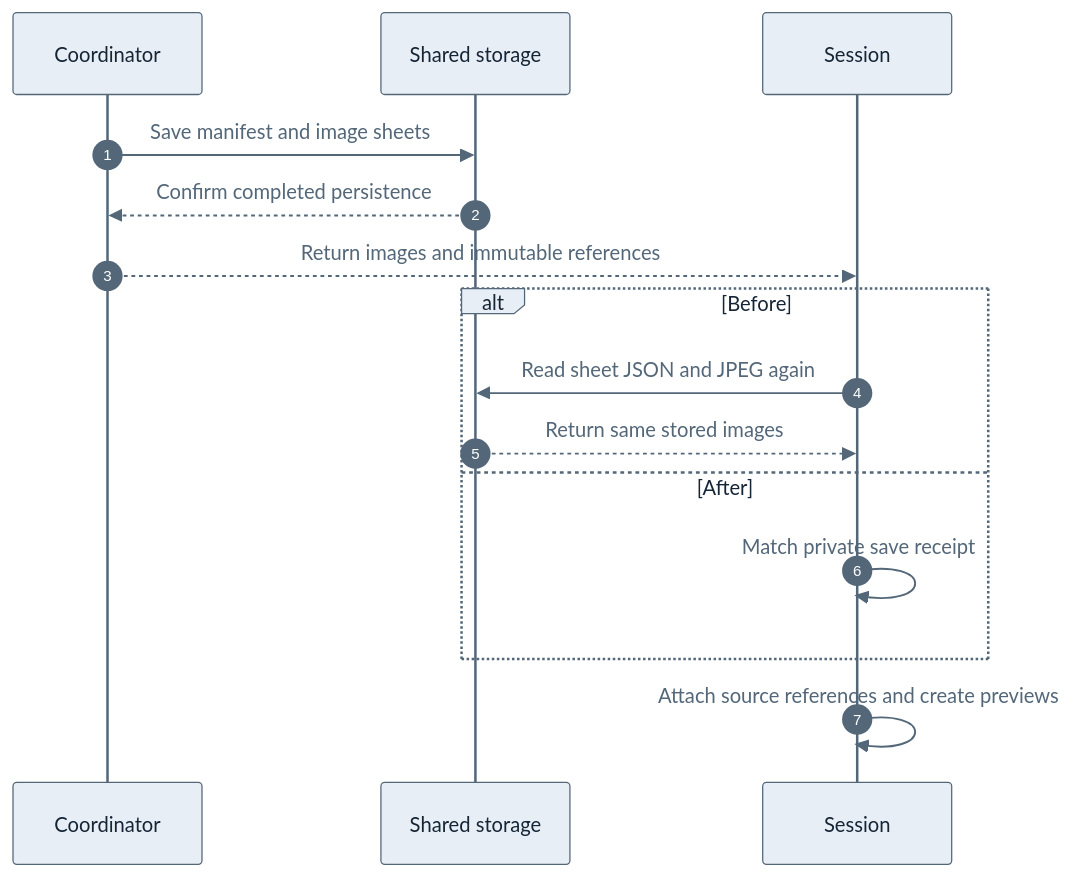
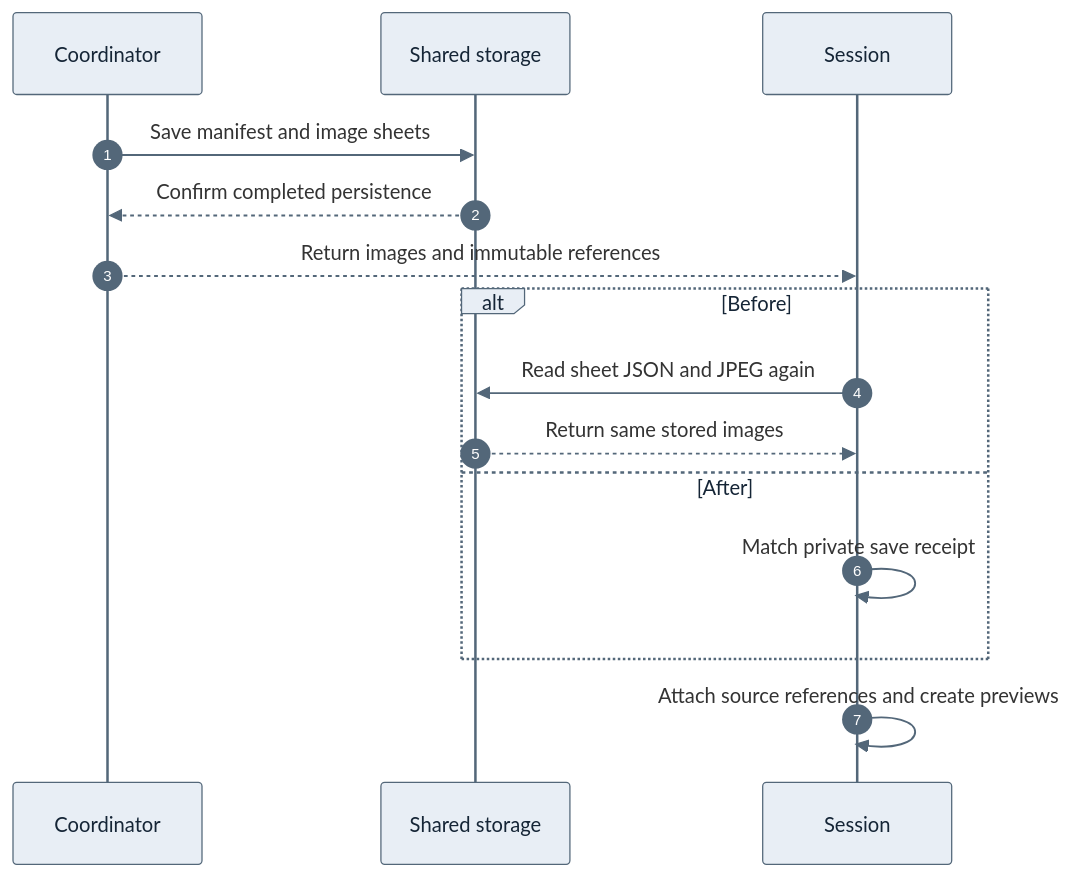
One commit to devhims/video2ctx changed the diagram in reference/engineering/performance/storyboard-receipts-2026-10-04.md. Above: the diagram before and after it, drawn with Mermaid. The commit also changed other lines of this file and 9 other files, not shown here.

````diff
--- a/reference/engineering/performance/storyboard-receipts-2026-10-04.md
+++ b/reference/engineering/performance/storyboard-receipts-2026-10-04.md
@@ -23,18 +24,18 @@
 ```mermaid
-%%{init: {'theme':'base','themeVariables':{'actorBkg':'#e8eef5','actorTextColor':'#152536','actorBorder':'#536779','signalColor':'#536779','signalTextColor':'#536779','labelBoxBkgColor':'#e8eef5','labelTextColor':'#152536','sequenceNumberColor':'#ffffff'}}}%%
+%%{init: {'theme':'base','themeVariables':{'actorBkg':'#e8eef5','actorTextColor':'#152536','actorBorder':'#536779','signalColor':'#536779','labelBoxBkgColor':'#e8eef5','labelTextColor':'#152536','sequenceNumberColor':'#ffffff'}}}%%
 sequenceDiagram
     autonumber
     participant C as Coordinator
     participant R as Shared storage
     participant S as Session
     C->>R: Save manifest and image sheets
     R-->>C: Confirm completed persistence
     C-->>S: Return images and immutable references
     alt Before
         S->>R: Read sheet JSON and JPEG again
         R-->>S: Return same stored images
     else After
         S->>S: Match private save receipt
     end
     S->>S: Attach source references and create previews
 ```
````
